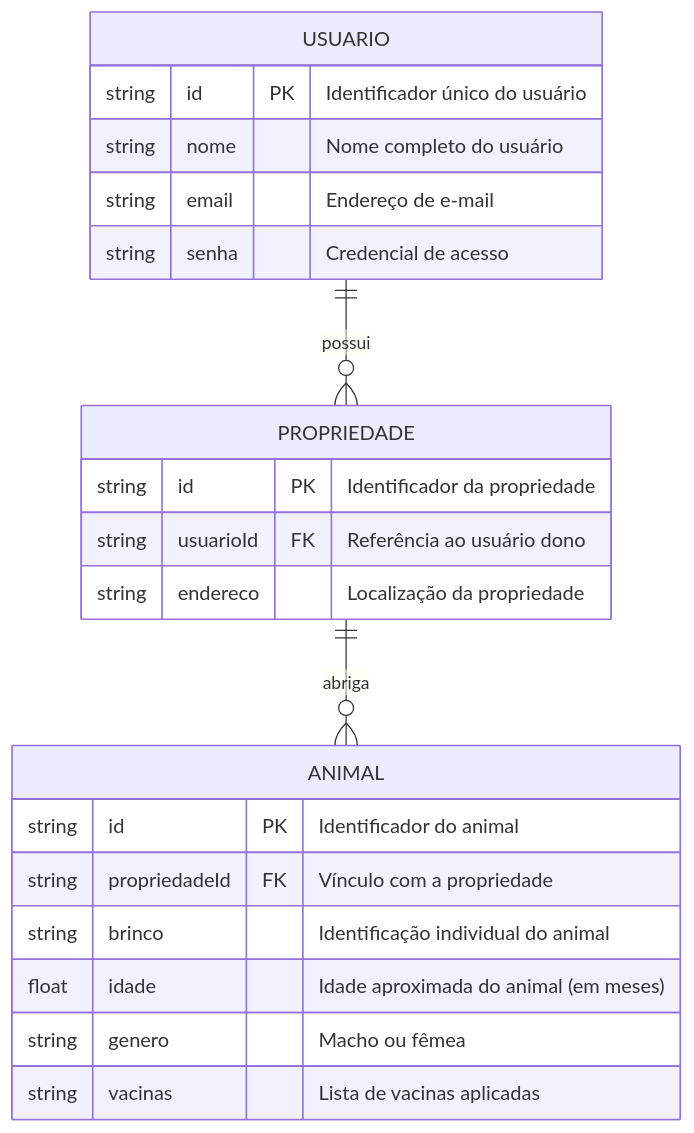
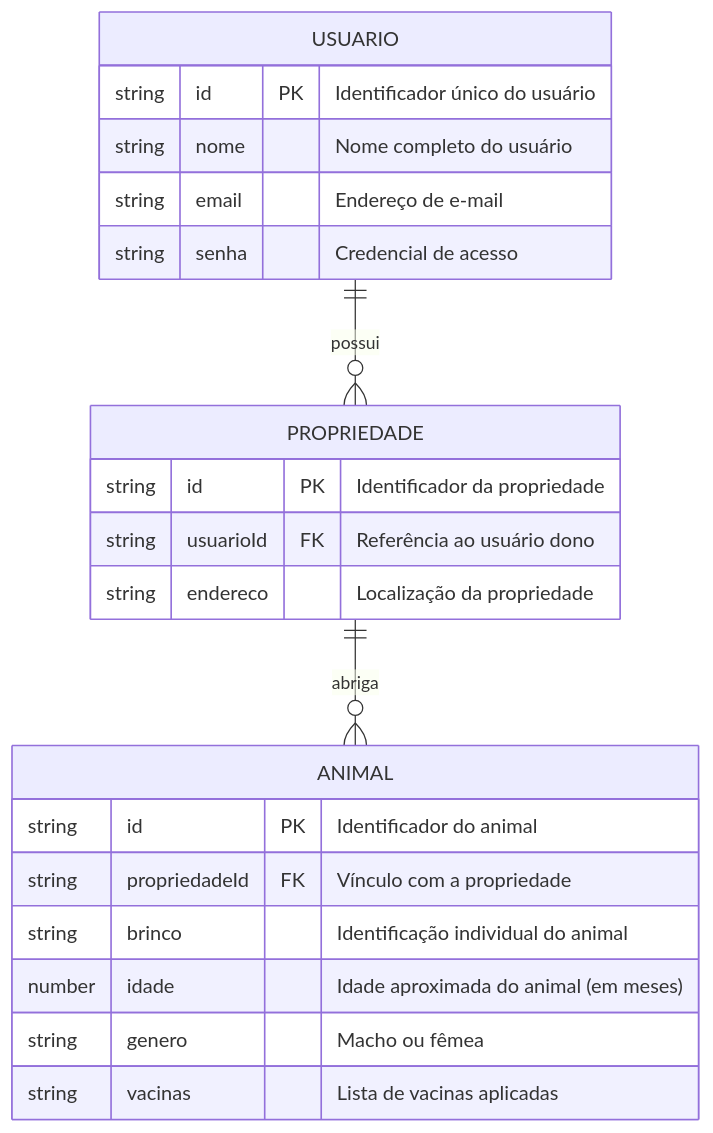
The diagram in docs/spec.md (kowalczyk-eduardo/meu-rancho), drawn with Mermaid before and after one commit. The commit also changed other lines of this file, not shown here.

````diff
--- a/docs/spec.md
+++ b/docs/spec.md
@@ -10,27 +10,27 @@
 ```mermaid
 erDiagram
     USUARIO ||--o{ PROPRIEDADE : "possui"
     PROPRIEDADE ||--o{ ANIMAL : "abriga"
 
     USUARIO {
         string id PK "Identificador único do usuário"
         string nome "Nome completo do usuário"
         string email "Endereço de e-mail"
         string senha "Credencial de acesso"
     }
 
     PROPRIEDADE {
         string id PK "Identificador da propriedade"
         string usuarioId FK "Referência ao usuário dono"
         string endereco "Localização da propriedade"
     }
 
     ANIMAL {
         string id PK "Identificador do animal"
         string propriedadeId FK "Vínculo com a propriedade"
         string brinco "Identificação individual do animal"
-        float idade "Idade aproximada do animal (em meses)"
+        number idade "Idade aproximada do animal (em meses)"
         string genero "Macho ou fêmea"
         string vacinas "Lista de vacinas aplicadas"
     }
 ```
````
